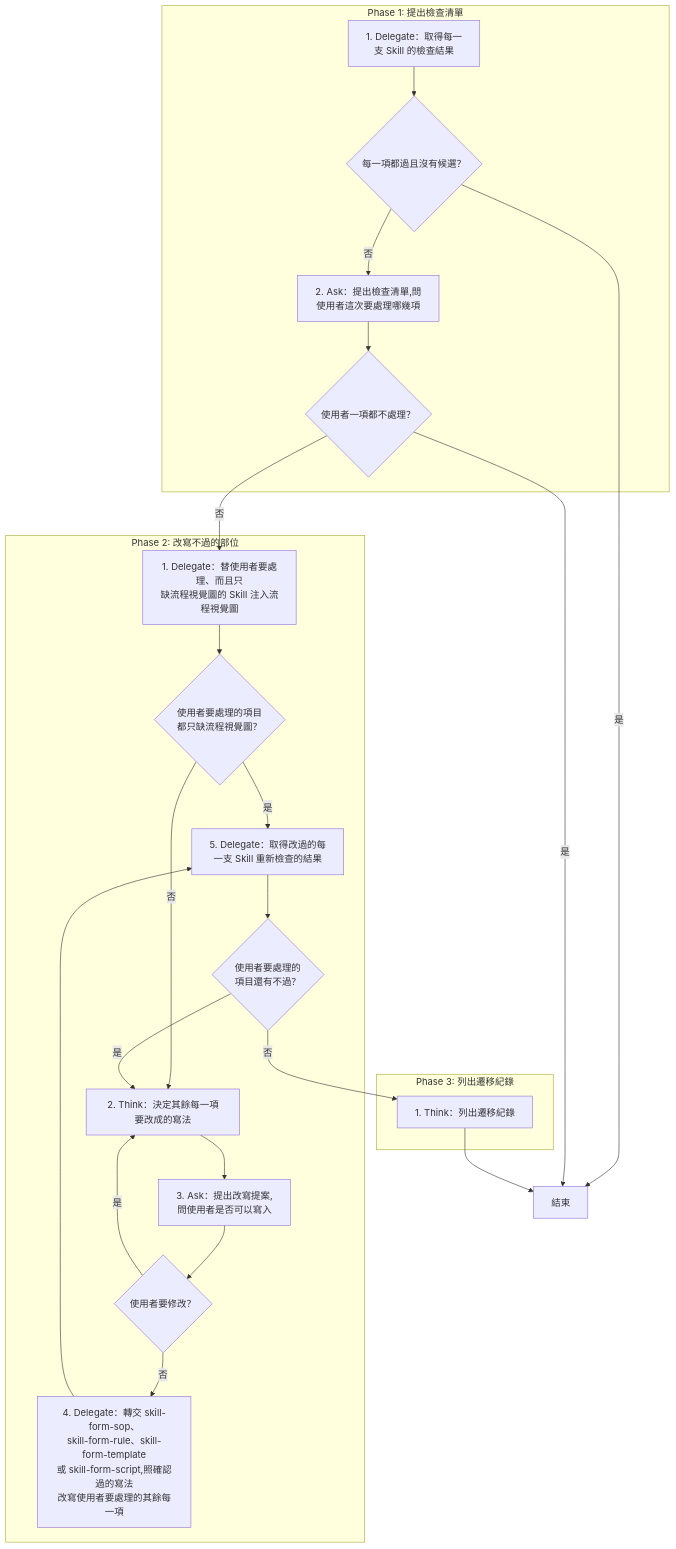
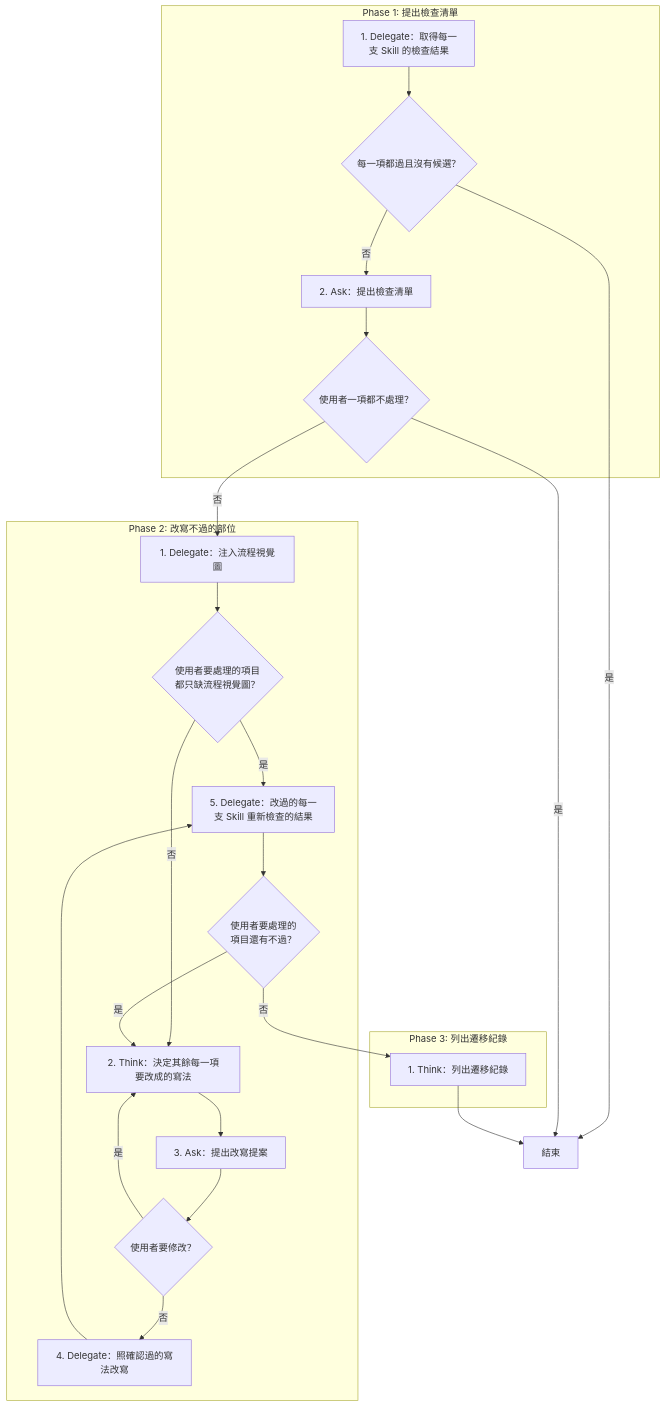
Before and after one commit to AI-x-BDD/BDGG-Dev-Skills: the first of 2 diagrams in .agents/skills/skill-conform/SKILL.md, drawn with Mermaid. The commit also changed other lines of this file and 31 other files, not shown here.

````diff
--- a/.agents/skills/skill-conform/SKILL.md
+++ b/.agents/skills/skill-conform/SKILL.md
@@ -25,41 +25,41 @@
 ```mermaid
 flowchart TD
     subgraph P1["Phase 1: 提出檢查清單"]
         P1S1["1. Delegate：取得每一<br/>支 Skill 的檢查結果"]
         G_P1S1_1{"每一項都過且沒有候選？"}
-        P1S2["2. Ask：提出檢查清單,問<br/>使用者這次要處理哪幾項"]
+        P1S2["2. Ask：提出檢查清單"]
         G_P1S2_1{"使用者一項都不處理？"}
     end
     subgraph P2["Phase 2: 改寫不過的部位"]
-        P2S1["1. Delegate：替使用者要處理、而且只<br/>缺流程視覺圖的 Skill 注入流程視覺圖"]
+        P2S1["1. Delegate：注入流程視覺圖"]
         G_P2S1_1{"使用者要處理的項目<br/>都只缺流程視覺圖？"}
         P2S2["2. Think：決定其餘每一項要改成的寫法"]
-        P2S3["3. Ask：提出改寫提案,<br/>問使用者是否可以寫入"]
+        P2S3["3. Ask：提出改寫提案"]
         G_P2S3_1{"使用者要修改？"}
-        P2S4["4. Delegate：轉交 skill-form-sop、<br/>skill-form-rule、skill-form-template<br/>或 skill-form-script,照確認過的寫法<br/>改寫使用者要處理的其餘每一項"]
-        P2S5["5. Delegate：取得改過的每<br/>一支 Skill 重新檢查的結果"]
+        P2S4["4. Delegate：照確認過的寫法改寫"]
+        P2S5["5. Delegate：改過的每一<br/>支 Skill 重新檢查的結果"]
         G_P2S5_1{"使用者要處理的<br/>項目還有不過？"}
     end
     subgraph P3["Phase 3: 列出遷移紀錄"]
         P3S1["1. Think：列出遷移紀錄"]
     end
     End["結束"]
     P1S1 --> G_P1S1_1
     G_P1S1_1 -->|是| End
     G_P1S1_1 -->|否| P1S2
     P1S2 --> G_P1S2_1
     G_P1S2_1 -->|是| End
     G_P1S2_1 -->|否| P2S1
     P2S1 --> G_P2S1_1
     G_P2S1_1 -->|是| P2S5
     G_P2S1_1 -->|否| P2S2
     P2S2 --> P2S3
     P2S3 --> G_P2S3_1
     G_P2S3_1 -->|是| P2S2
     G_P2S3_1 -->|否| P2S4
     P2S4 --> P2S5
     P2S5 --> G_P2S5_1
     G_P2S5_1 -->|是| P2S2
     G_P2S5_1 -->|否| P3S1
     P3S1 --> End
 ```
````
